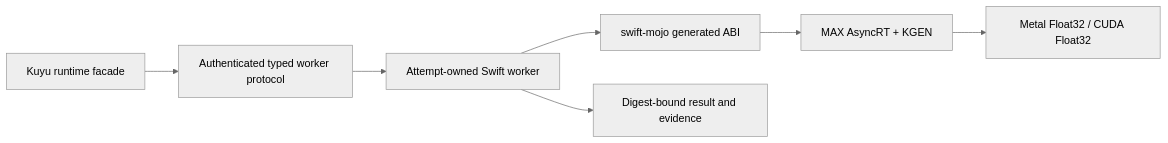
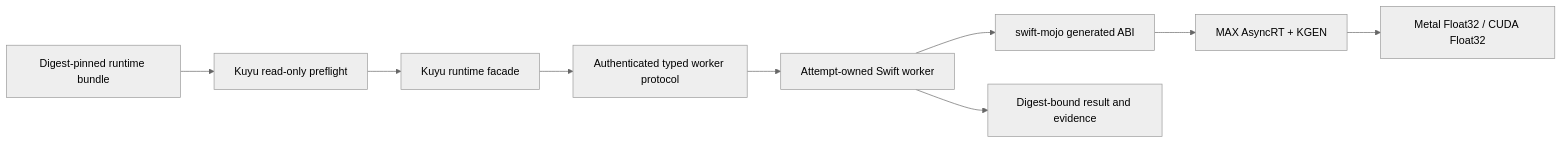
The diagram in ACCELERATOR_ARCHITECTURE.md (1amageek/kuyu-mojo), drawn with Mermaid (neutral theme) before and after one commit. The commit also changed other lines of this file and 11 other files, not shown here.

Commit message:
Add accelerator worker bundle preflight

````diff
--- a/ACCELERATOR_ARCHITECTURE.md
+++ b/ACCELERATOR_ARCHITECTURE.md
@@ -35,9 +38,11 @@
 ```mermaid
 flowchart LR
-  App["Kuyu runtime facade"] --> Protocol["Authenticated typed worker protocol"]
+  Bundle["Digest-pinned runtime bundle"] --> Preflight["Kuyu read-only preflight"]
+  Preflight --> App["Kuyu runtime facade"]
+  App --> Protocol["Authenticated typed worker protocol"]
   Protocol --> Worker["Attempt-owned Swift worker"]
   Worker --> Bridge["swift-mojo generated ABI"]
   Bridge --> MAX["MAX AsyncRT + KGEN"]
   MAX --> Device["Metal Float32 / CUDA Float32"]
   Worker --> Evidence["Digest-bound result and evidence"]
 ```
````
